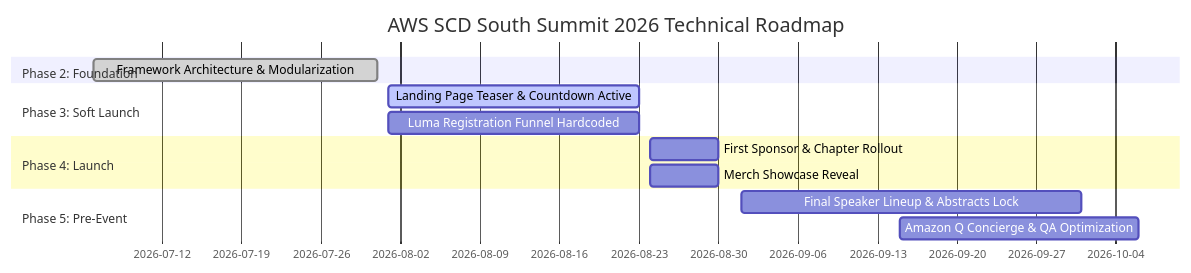
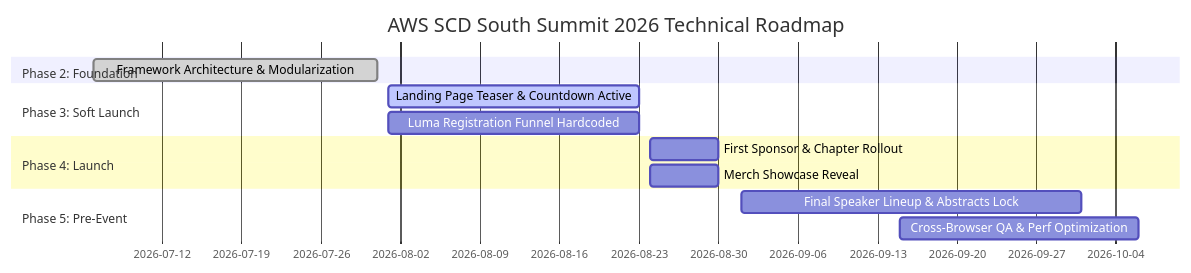
Before and after one commit to zkil27/awssbg-scd2026-prototype: the diagram in docs/TECHNICAL_MASTERPLAN.md, drawn with Mermaid. The commit also changed other lines of this file and 17 other files, not shown here.

````diff
--- a/docs/TECHNICAL_MASTERPLAN.md
+++ b/docs/TECHNICAL_MASTERPLAN.md
@@ -170,16 +169,16 @@
 ```mermaid
 gantt
     title AWS SCD South Summit 2026 Technical Roadmap
     dateFormat  YYYY-MM-DD
     section Phase 2: Foundation
     Framework Architecture & Modularization :done, p2, 2026-07-06, 2026-07-31
     section Phase 3: Soft Launch
     Landing Page Teaser & Countdown Active  :active, p3, 2026-08-01, 2026-08-23
     Luma Registration Funnel Hardcoded      :p3b, 2026-08-01, 2026-08-23
     section Phase 4: Launch
     First Sponsor & Chapter Rollout         :p4, 2026-08-24, 2026-08-30
     Merch Showcase Reveal                   :p4b, 2026-08-24, 2026-08-30
     section Phase 5: Pre-Event
     Final Speaker Lineup & Abstracts Lock   :p5, 2026-09-01, 2026-10-01
-    Amazon Q Concierge & QA Optimization    :p5b, 2026-09-15, 2026-10-06
+    Cross-Browser QA & Perf Optimization    :p5b, 2026-09-15, 2026-10-06
 ```
````
